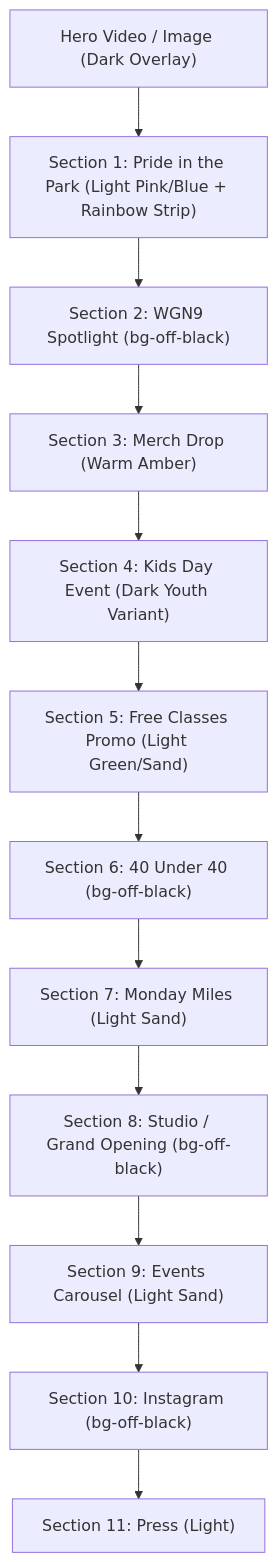
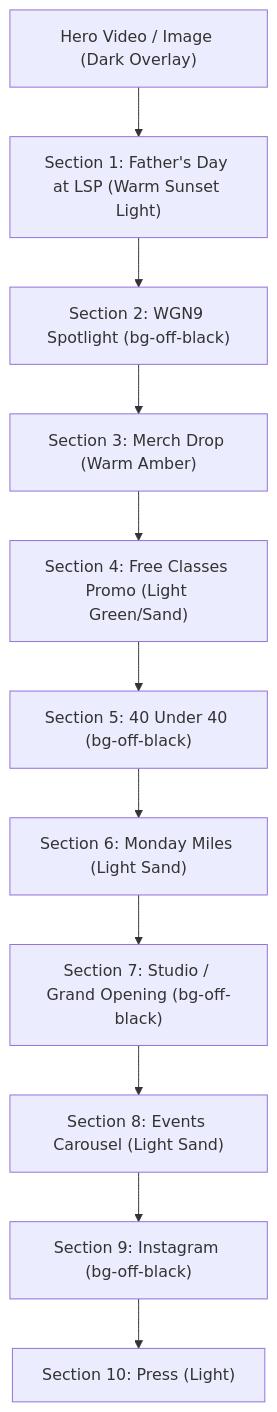
The first of 3 diagrams in design.md (awaisqazi/latinasweatproject), drawn with Mermaid before and after one commit. The commit also changed other lines of this file and 6 other files, not shown here.

````diff
--- a/design.md
+++ b/design.md
@@ -34,14 +34,13 @@
 ```mermaid
 graph TD
-    Hero["Hero Video / Image (Dark Overlay)"] --> Sec1["Section 1: Pride in the Park (Light Pink/Blue + Rainbow Strip)"]
+    Hero["Hero Video / Image (Dark Overlay)"] --> Sec1["Section 1: Father's Day at LSP (Warm Sunset Light)"]
     Sec1 --> Sec2["Section 2: WGN9 Spotlight (bg-off-black)"]
     Sec2 --> Sec3["Section 3: Merch Drop (Warm Amber)"]
-    Sec3 --> Sec4["Section 4: Kids Day Event (Dark Youth Variant)"]
-    Sec4 --> Sec5["Section 5: Free Classes Promo (Light Green/Sand)"]
-    Sec5 --> Sec6["Section 6: 40 Under 40 (bg-off-black)"]
-    Sec6 --> Sec7["Section 7: Monday Miles (Light Sand)"]
-    Sec7 --> Sec8["Section 8: Studio / Grand Opening (bg-off-black)"]
-    Sec8 --> Sec9["Section 9: Events Carousel (Light Sand)"]
-    Sec9 --> Sec10["Section 10: Instagram (bg-off-black)"]
-    Sec10 --> Sec11["Section 11: Press (Light)"]
+    Sec3 --> Sec4["Section 4: Free Classes Promo (Light Green/Sand)"]
+    Sec4 --> Sec5["Section 5: 40 Under 40 (bg-off-black)"]
+    Sec5 --> Sec6["Section 6: Monday Miles (Light Sand)"]
+    Sec6 --> Sec7["Section 7: Studio / Grand Opening (bg-off-black)"]
+    Sec7 --> Sec8["Section 8: Events Carousel (Light Sand)"]
+    Sec8 --> Sec9["Section 9: Instagram (bg-off-black)"]
+    Sec9 --> Sec10["Section 10: Press (Light)"]
 ```
````
